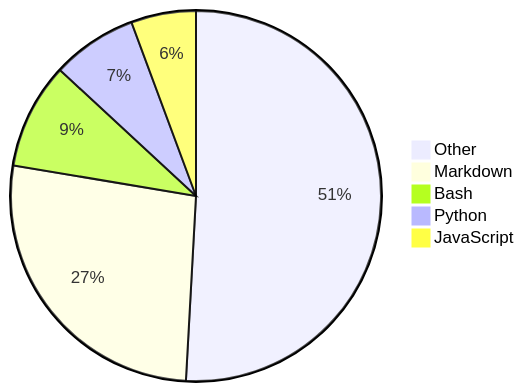
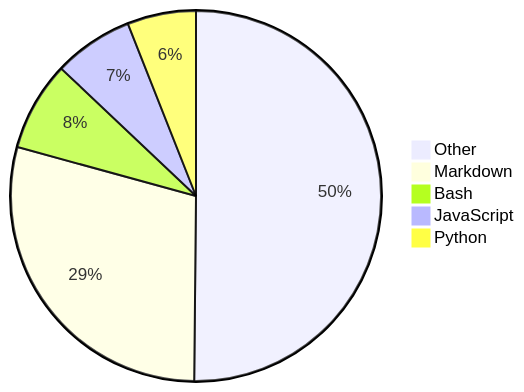
One commit to Alicia111/alicia111 changed the diagram in README.md. Above: the diagram before and after it, drawn with Mermaid.

Commit message:
Update WakaTime stats (・ω・)b

````diff
--- a/README.md
+++ b/README.md
@@ -32,8 +32,8 @@
 ```mermaid
 pie
-    "Other" : 47.17
-    "Markdown" : 24.83
-    "Bash" : 8.57
-    "Python" : 6.91
-    "JavaScript" : 5.25
+    "Other" : 45.76
+    "Markdown" : 26.56
+    "Bash" : 7.11
+    "JavaScript" : 6.34
+    "Python" : 5.47
 ```
````
